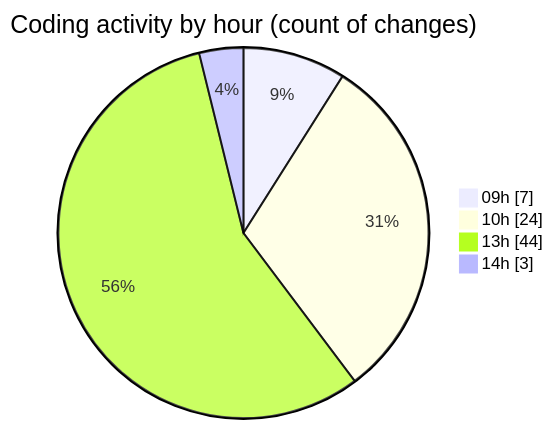
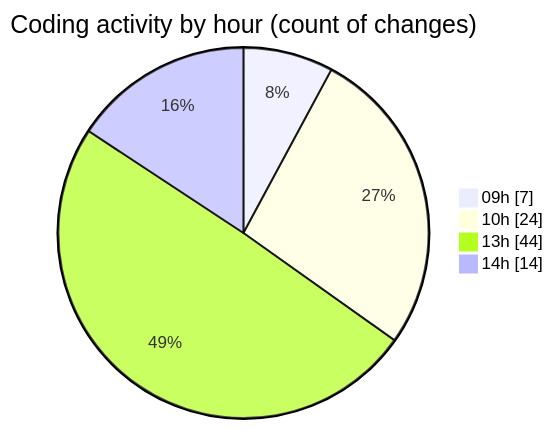
One commit to momahboobian/code-tracking changed the second of 2 diagrams in 2025-04-10/cda/README.md. Above: the diagram before and after it, drawn with Mermaid. The commit also changed other lines of this file and 1 other file, not shown here.

````diff
--- a/2025-04-10/cda/README.md
+++ b/2025-04-10/cda/README.md
@@ -32,8 +32,8 @@
 ```mermaid
 pie showData
 title Coding activity by hour (count of changes)
 "09h" : 7
 "10h" : 24
 "13h" : 44
-"14h" : 3
+"14h" : 14
 ```
````
